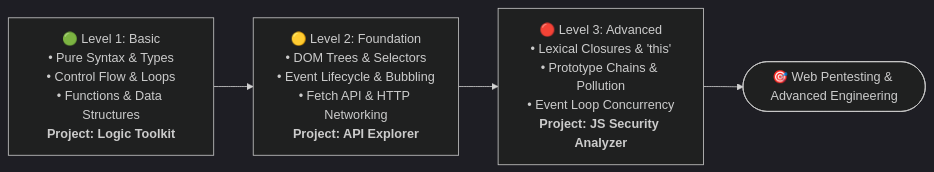
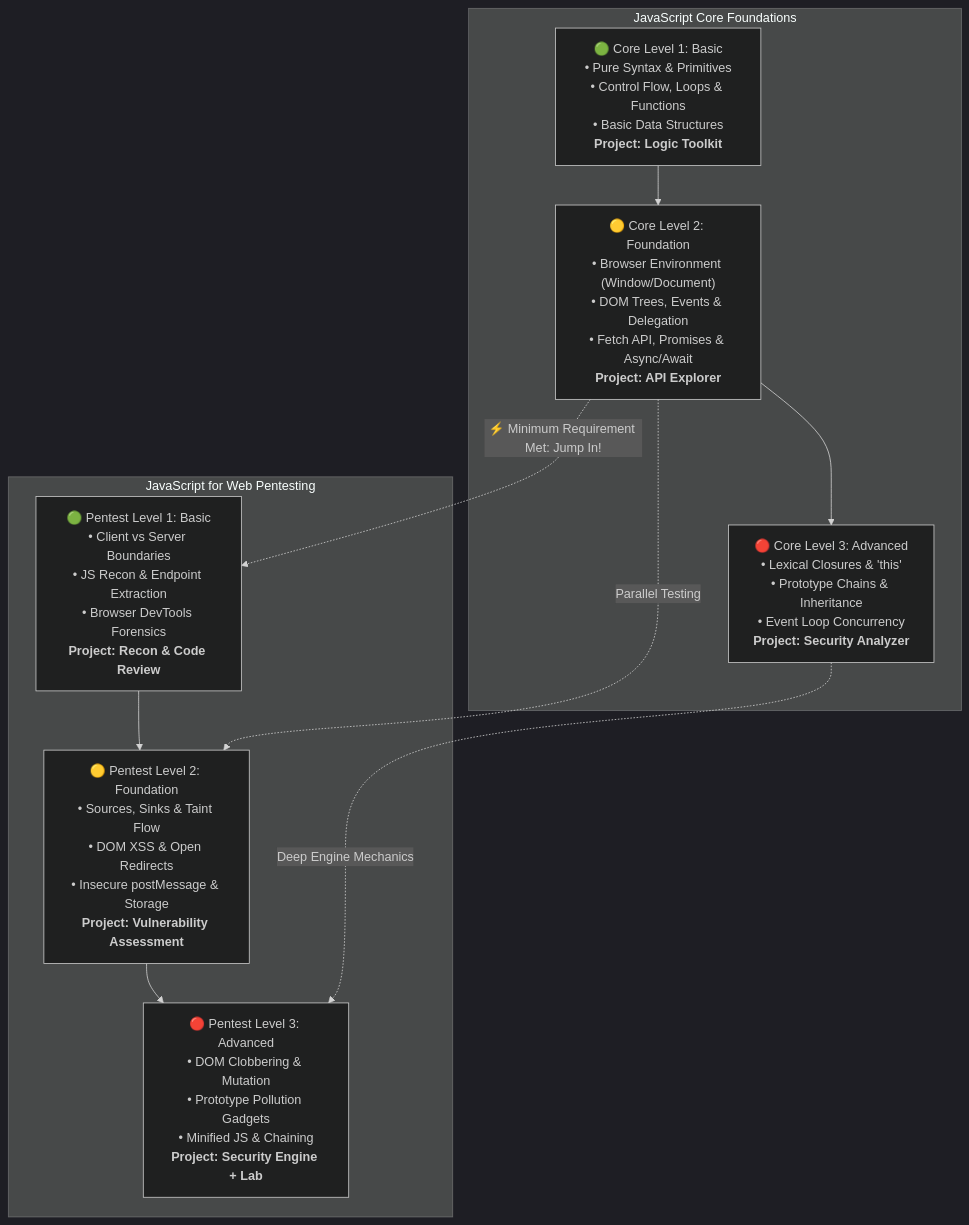
Before and after one commit to 0xHaxmed/Programming-Languages: the diagram in 01-JavaScript-Core/README.md, drawn with Mermaid (dark theme). The commit also changed other lines of this file and 15 other files, not shown here.

Commit message:
feat: add comprehensive JavaScript-Web-Pentesting track with 3 progressive levels, 5-step methodology, and bilingual architecture

````diff
--- a/01-JavaScript-Core/README.md
+++ b/01-JavaScript-Core/README.md
@@ -13,8 +14,16 @@
 ```mermaid
-flowchart LR
-    L1["🟢 Level 1: Basic<br/>• Pure Syntax & Types<br/>• Control Flow & Loops<br/>• Functions & Data Structures<br/><b>Project: Logic Toolkit</b>"] --> L2["🟡 Level 2: Foundation<br/>• DOM Trees & Selectors<br/>• Event Lifecycle & Bubbling<br/>• Fetch API & HTTP Networking<br/><b>Project: API Explorer</b>"]
-    
-    L2 --> L3["🔴 Level 3: Advanced<br/>• Lexical Closures & 'this'<br/>• Prototype Chains & Pollution<br/>• Event Loop Concurrency<br/><b>Project: JS Security Analyzer</b>"]
-    
-    L3 --> Out(["🎯 Web Pentesting & Advanced Engineering"])
+flowchart TD
+    subgraph CoreTrack ["JavaScript Core Foundations"]
+        C1["🟢 Core Level 1: Basic<br/>• Pure Syntax & Primitives<br/>• Control Flow, Loops & Functions<br/>• Basic Data Structures<br/><b>Project: Logic Toolkit</b>"] --> C2["🟡 Core Level 2: Foundation<br/>• Browser Environment (Window/Document)<br/>• DOM Trees, Events & Delegation<br/>• Fetch API, Promises & Async/Await<br/><b>Project: API Explorer</b>"]
+        C2 --> C3["🔴 Core Level 3: Advanced<br/>• Lexical Closures & 'this'<br/>• Prototype Chains & Inheritance<br/>• Event Loop Concurrency<br/><b>Project: Security Analyzer</b>"]
+    end
+
+    subgraph PentestTrack ["JavaScript for Web Pentesting"]
+        P1["🟢 Pentest Level 1: Basic<br/>• Client vs Server Boundaries<br/>• JS Recon & Endpoint Extraction<br/>• Browser DevTools Forensics<br/><b>Project: Recon & Code Review</b>"] --> P2["🟡 Pentest Level 2: Foundation<br/>• Sources, Sinks & Taint Flow<br/>• DOM XSS & Open Redirects<br/>• Insecure postMessage & Storage<br/><b>Project: Vulnerability Assessment</b>"]
+        P2 --> P3["🔴 Pentest Level 3: Advanced<br/>• DOM Clobbering & Mutation<br/>• Prototype Pollution Gadgets<br/>• Minified JS & Chaining<br/><b>Project: Security Engine + Lab</b>"]
+    end
+
+    C2 -.->|"⚡ Minimum Requirement Met: Jump In!"| P1
+    C2 -.->|"Parallel Testing"| P2
+    C3 -.->|"Deep Engine Mechanics"| P3
 ```
````
